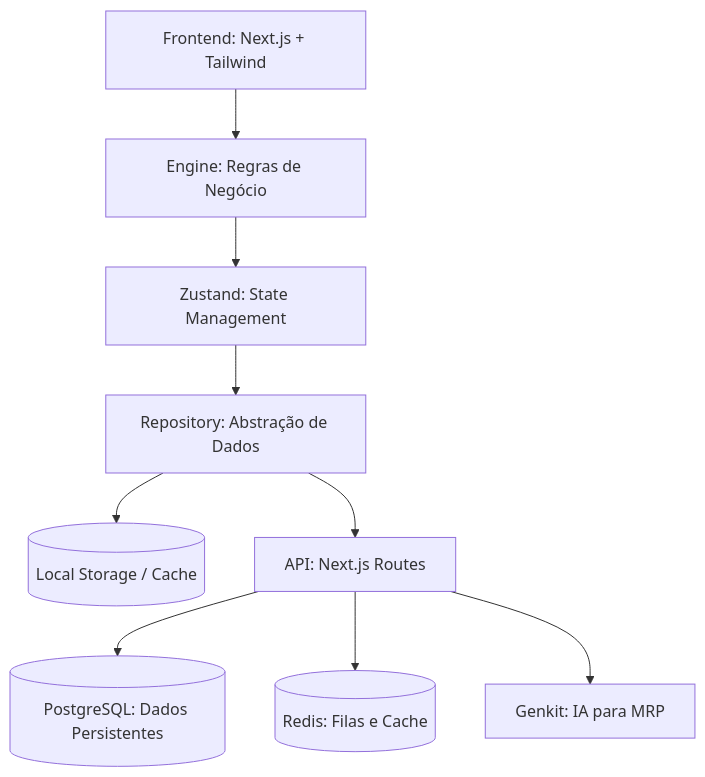
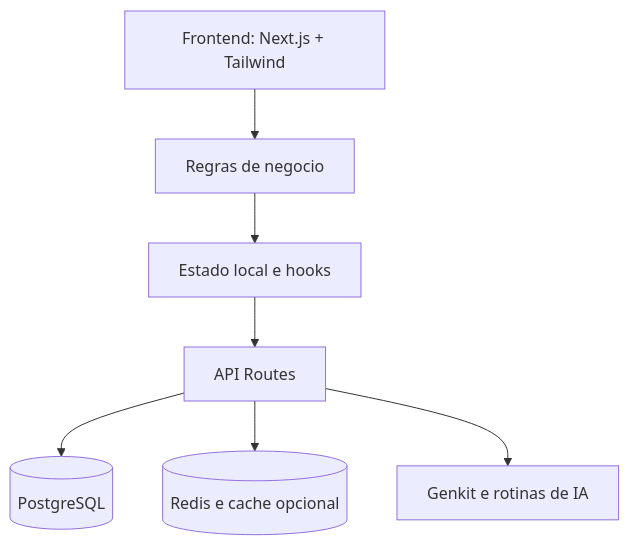
The diagram in docs/ARCHITECTURE.md (nei66s/SupplyChain), drawn with Mermaid before and after one commit. The commit also changed other lines of this file and 26 other files, not shown here.

````diff
--- a/docs/ARCHITECTURE.md
+++ b/docs/ARCHITECTURE.md
@@ -11,14 +9,9 @@
 ```mermaid
 graph TD
-    UI[Frontend: Next.js + Tailwind] --> Engine[Engine: Regras de Negócio]
-    Engine --> Store[Zustand: State Management]
-    Store --> Repo[Repository: Abstração de Dados]
-    
-    Repo --> LS[(Local Storage / Cache)]
-    Repo --> API[API: Next.js Routes]
-    
-    API --> PG[(PostgreSQL: Dados Persistentes)]
-    API --> RD[(Redis: Filas e Cache)]
-    
-    API --> AI[Genkit: IA para MRP]
+    UI[Frontend: Next.js + Tailwind] --> Engine[Regras de negocio]
+    Engine --> Store[Estado local e hooks]
+    Store --> API[API Routes]
+    API --> PG[(PostgreSQL)]
+    API --> RD[(Redis e cache opcional)]
+    API --> AI[Genkit e rotinas de IA]
 ```
````
